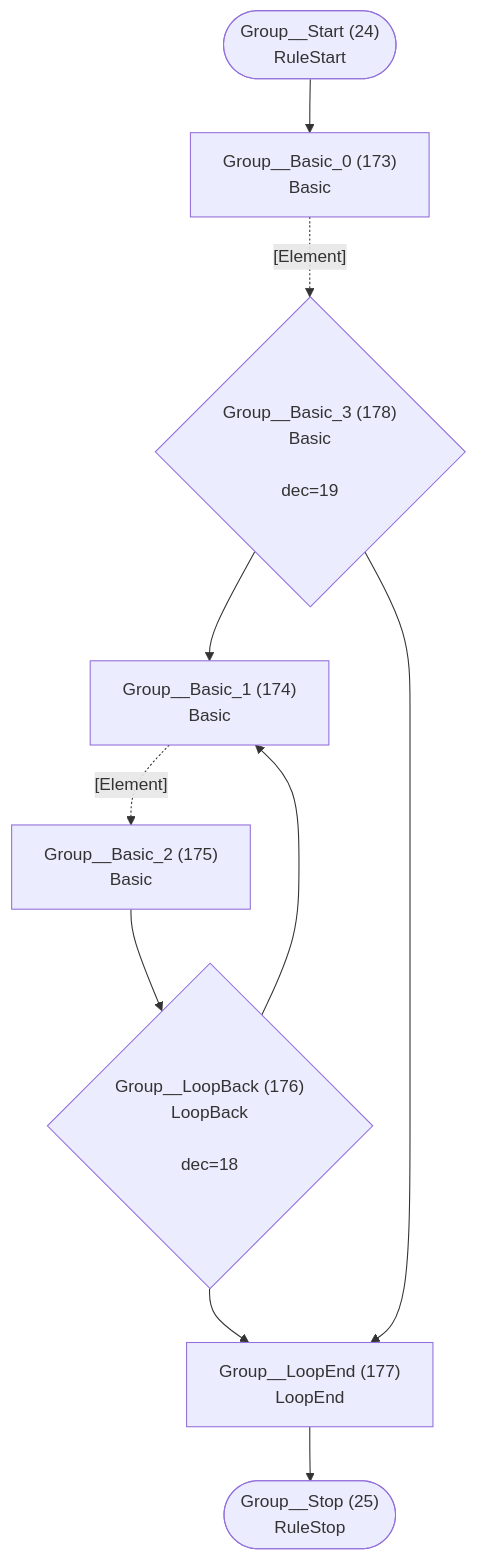
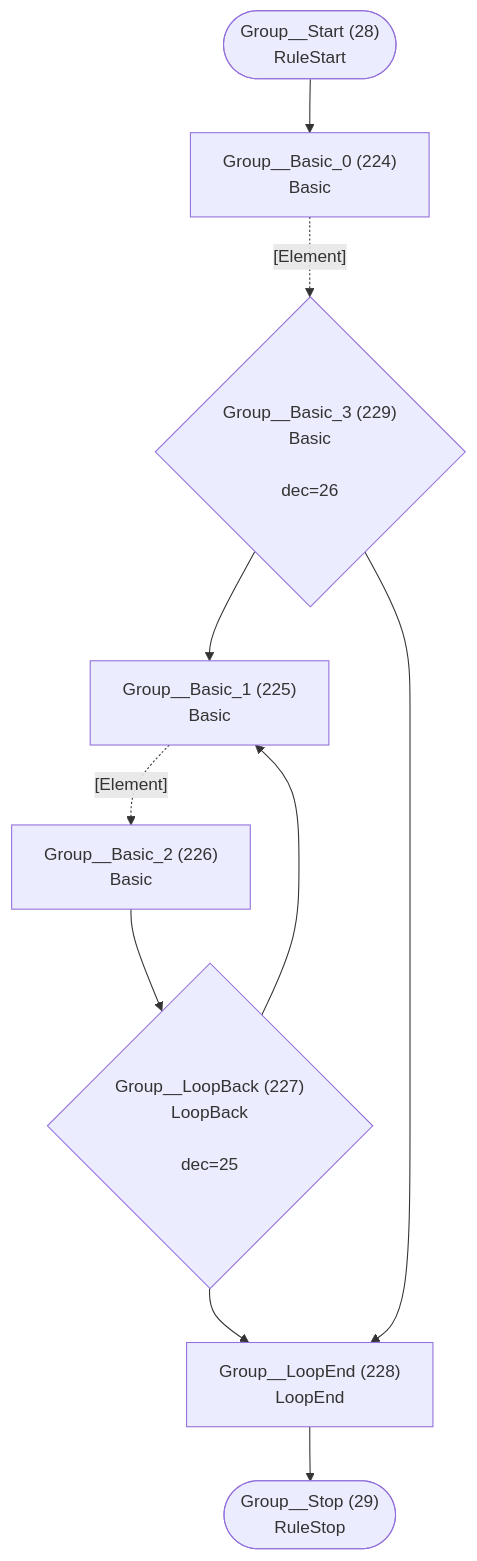
One commit to TypeFox/fastbelt changed diagram 15 of 28 in internal/grammar/atn.md. Above: the diagram before and after it, drawn with Mermaid. The commit also changed other lines of this file and 8 other files, not shown here.

````diff
--- a/internal/grammar/atn.md
+++ b/internal/grammar/atn.md
@@ -392,21 +516,21 @@
 ```mermaid
 flowchart TD
-    q24(["Group__Start (24)<br/>RuleStart"])
-    q25(["Group__Stop (25)<br/>RuleStop"])
-    q173["Group__Basic_0 (173)<br/>Basic<br/>"]
-    q174["Group__Basic_1 (174)<br/>Basic<br/>"]
-    q175["Group__Basic_2 (175)<br/>Basic<br/>"]
-    q176{"Group__LoopBack (176)<br/>LoopBack<br/><br/>dec=18"}
-    q177["Group__LoopEnd (177)<br/>LoopEnd<br/>"]
-    q178{"Group__Basic_3 (178)<br/>Basic<br/><br/>dec=19"}
+    q28(["Group__Start (28)<br/>RuleStart"])
+    q29(["Group__Stop (29)<br/>RuleStop"])
+    q224["Group__Basic_0 (224)<br/>Basic<br/>"]
+    q225["Group__Basic_1 (225)<br/>Basic<br/>"]
+    q226["Group__Basic_2 (226)<br/>Basic<br/>"]
+    q227{"Group__LoopBack (227)<br/>LoopBack<br/><br/>dec=25"}
+    q228["Group__LoopEnd (228)<br/>LoopEnd<br/>"]
+    q229{"Group__Basic_3 (229)<br/>Basic<br/><br/>dec=26"}
 
-    q24 --> q173
-    q173 -.->|"[Element]"| q178
-    q174 -.->|"[Element]"| q175
-    q175 --> q176
-    q176 --> q174
-    q176 --> q177
-    q177 --> q25
-    q178 --> q174
-    q178 --> q177
+    q28 --> q224
+    q224 -.->|"[Element]"| q229
+    q225 -.->|"[Element]"| q226
+    q226 --> q227
+    q227 --> q225
+    q227 --> q228
+    q228 --> q29
+    q229 --> q225
+    q229 --> q228
 ```
````
